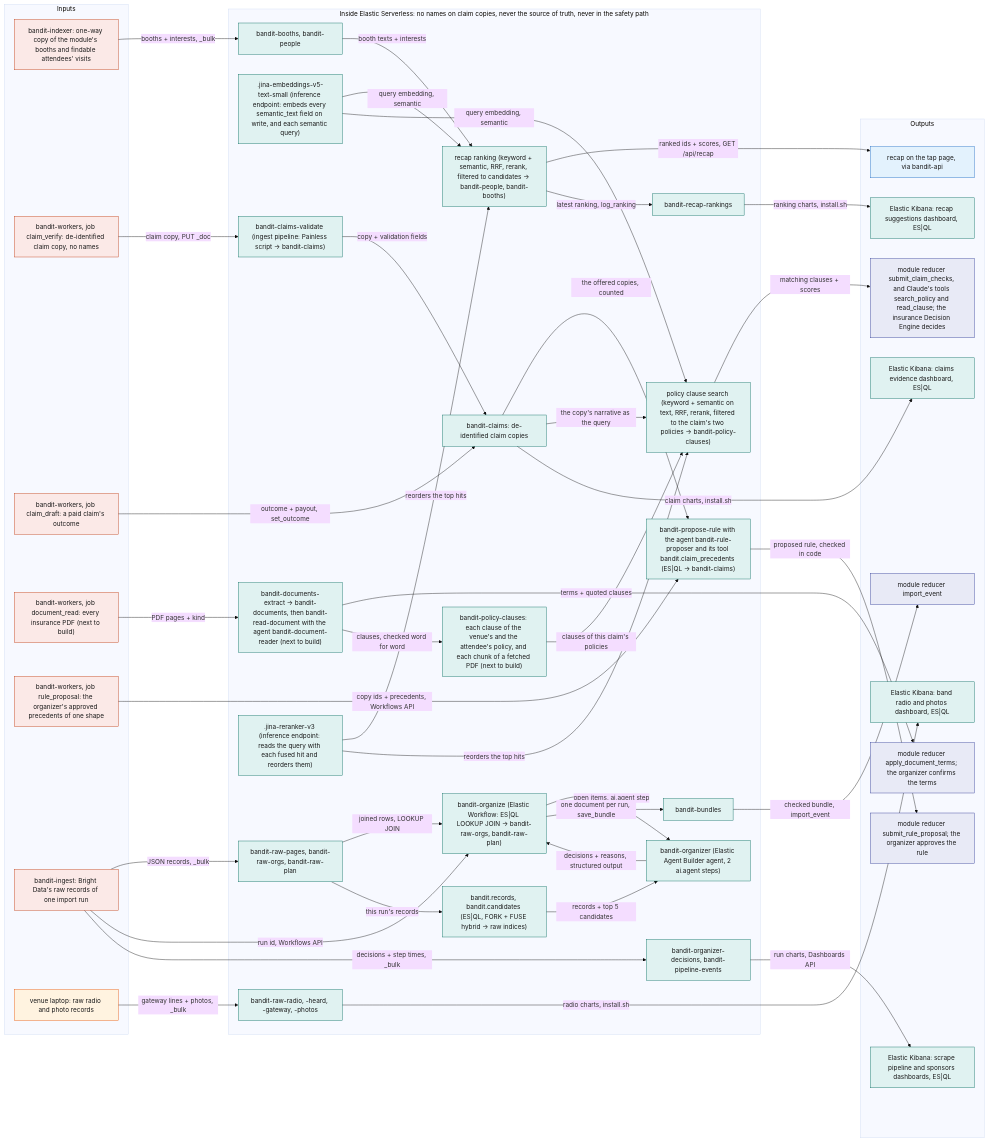
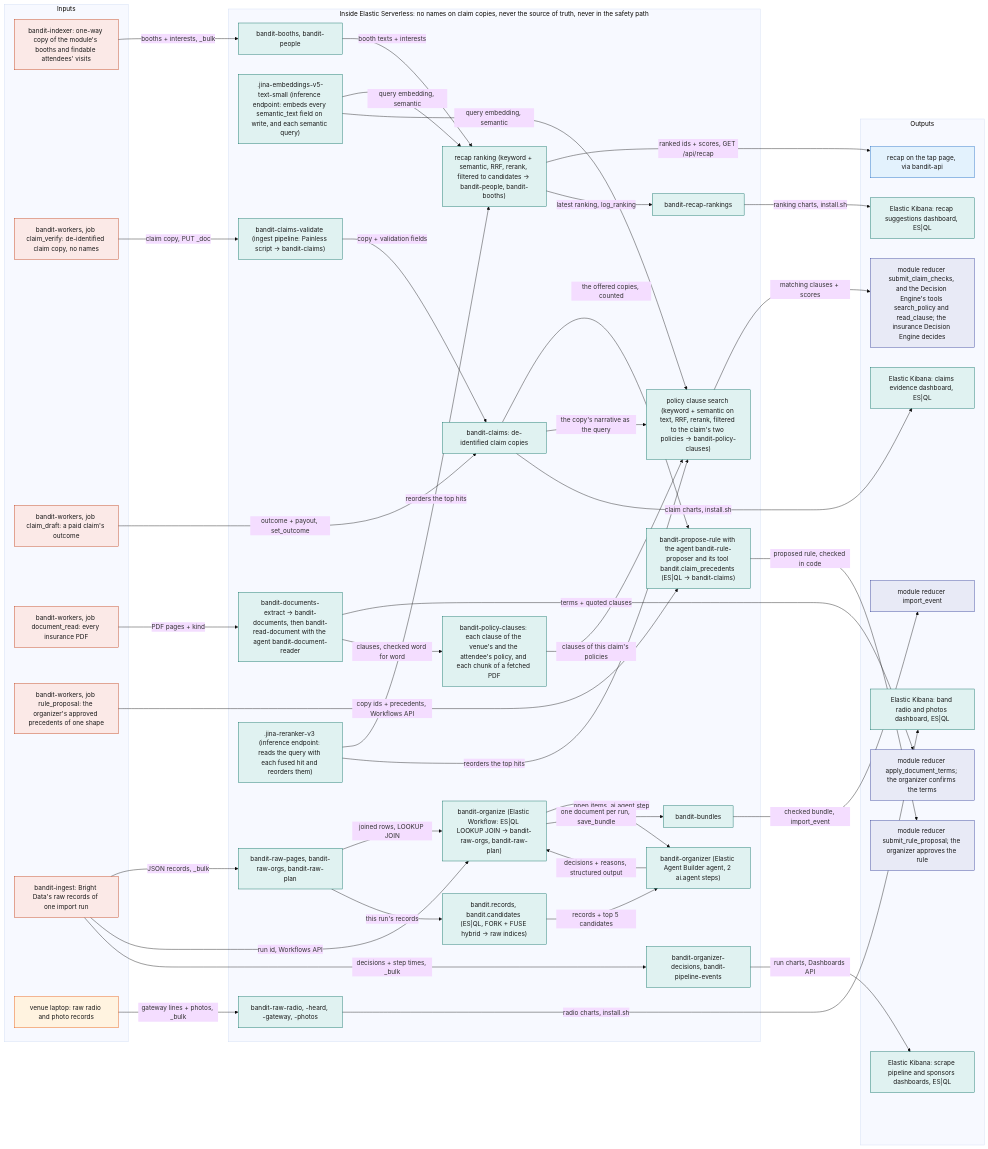
One commit to viktorinkov/cal-hacks-13 changed the first of 9 diagrams in System Design/7-integrations/Elastic.md. Above: the diagram before and after it, drawn with Mermaid (base theme). The commit also changed other lines of this file and 50 other files, not shown here.

```diff
--- a/System Design/7-integrations/Elastic.md
+++ b/System Design/7-integrations/Elastic.md
@@ -96,7 +78,7 @@
     IDX["bandit-indexer: one-way copy of the module's booths and findable attendees' visits"]
     WRK["bandit-workers, job claim_verify: de-identified claim copy, no names"]
     WRB["bandit-workers, job claim_draft: a paid claim's outcome"]
-    DOCW["bandit-workers, job document_read: every insurance PDF (next to build)"]
+    DOCW["bandit-workers, job document_read: every insurance PDF"]
     WRP["bandit-workers, job rule_proposal: the organizer's approved precedents of one shape"]
     ING["bandit-ingest: Bright Data's raw records of one import run"]
     LAP["venue laptop: raw radio and photo records"]
@@ -105,8 +87,8 @@
     COPY["bandit-booths, bandit-people"]
     PIPE["bandit-claims-validate (ingest pipeline: Painless script -> bandit-claims)"]
     CLM["bandit-claims: de-identified claim copies"]
-    RD["bandit-documents-extract -> bandit-documents, then bandit-read-document with the agent bandit-document-reader (next to build)"]
-    CLS["bandit-policy-clauses: each clause of the venue's and the attendee's policy, and each chunk of a fetched PDF (next to build)"]
+    RD["bandit-documents-extract -> bandit-documents, then bandit-read-document with the agent bandit-document-reader"]
+    CLS["bandit-policy-clauses: each clause of the venue's and the attendee's policy, and each chunk of a fetched PDF"]
     RP["bandit-propose-rule with the agent bandit-rule-proposer and its tool bandit.claim_precedents (ES|QL -> bandit-claims)"]
     RAW["bandit-raw-pages, bandit-raw-orgs, bandit-raw-plan"]
     WF["bandit-organize (Elastic Workflow: ES|QL LOOKUP JOIN -> bandit-raw-orgs, bandit-raw-plan)"]
@@ -124,7 +106,7 @@
   subgraph OUT["Outputs"]
     RCP["recap on the tap page, via bandit-api"]
     KIBR["Elastic Kibana: recap suggestions dashboard, ES|QL"]
-    SCC["module reducer submit_claim_checks, and Claude's tools search_policy and read_clause; the insurance Decision Engine decides"]
+    SCC["module reducer submit_claim_checks, and the Decision Engine's tools search_policy and read_clause; the insurance Decision Engine decides"]
     TERMS["module reducer apply_document_terms; the organizer confirms the terms"]
     PROP["module reducer submit_rule_proposal; the organizer approves the rule"]
     KIBC["Elastic Kibana: claims evidence dashboard, ES|QL"]
```
